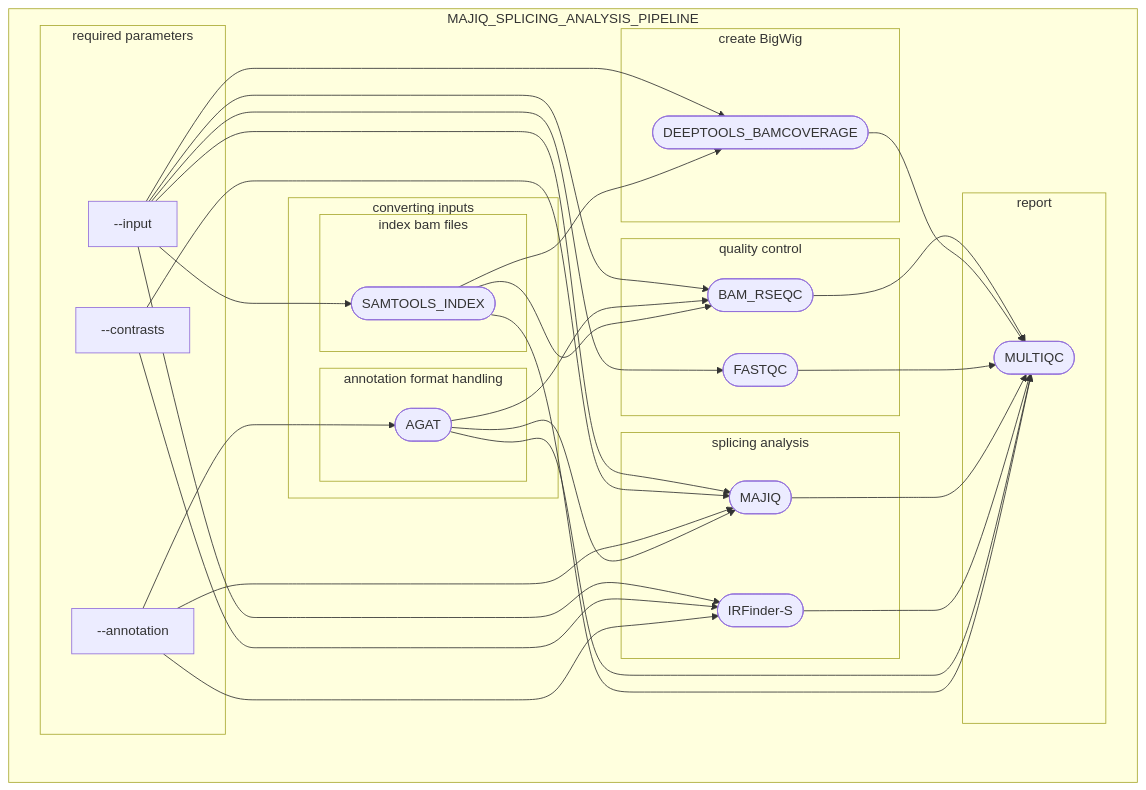
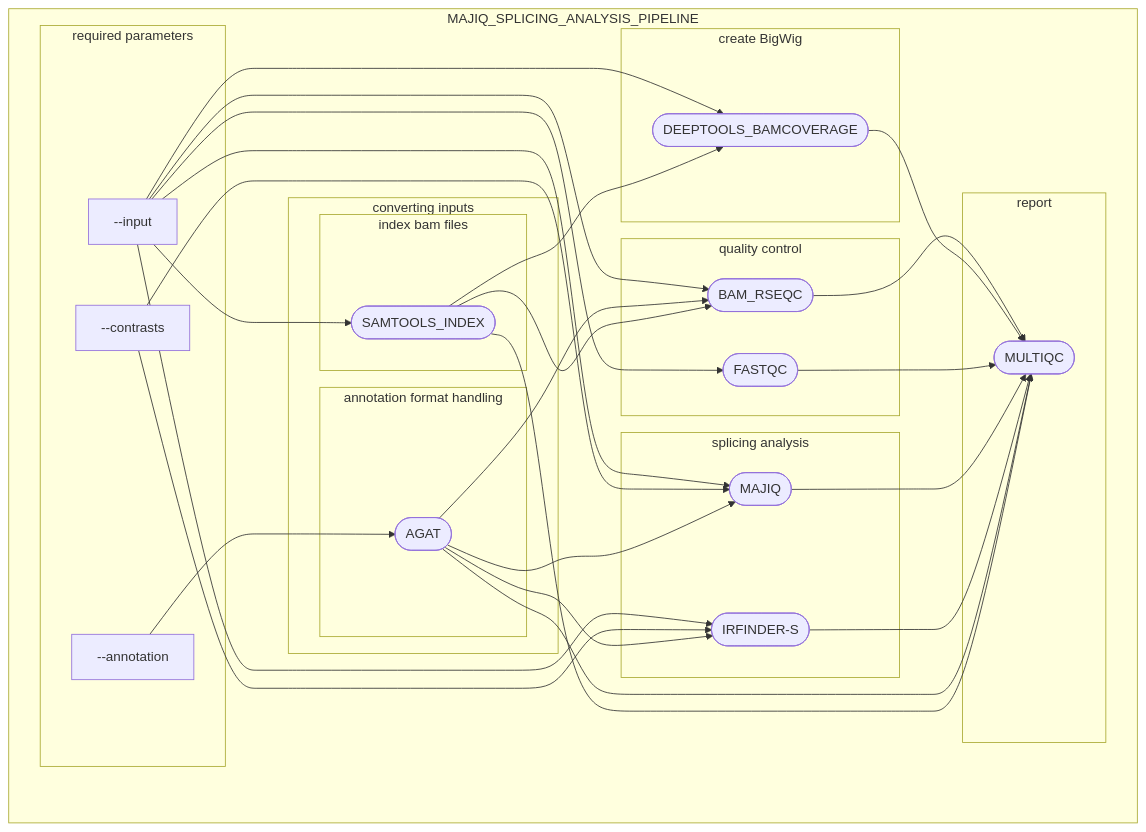
Before and after one commit to ZarnackGroup/majiq_splicing_analysis_pipeline: the diagram in README.md, drawn with Mermaid.

Commit message:
updated mermaid

````diff
--- a/README.md
+++ b/README.md
@@ -17,56 +17,55 @@
 ```mermaid
 flowchart TB
   subgraph MAJIQ_SPLICING_ANALYSIS_PIPELINE
     subgraph required parameters
       v0["--input"]
       v2["--annotation"]
       v1["--contrasts"]
     end
 
     subgraph s20["converting inputs"]
           subgraph s100["index bam files"]
                v15([SAMTOOLS_INDEX])
           end
           subgraph s2["annotation format handling"]
                v9([AGAT])
           end
      end
     subgraph s3["splicing analysis"]
       v25([MAJIQ])
-      v26([IRFinder-S])
+      v26([IRFINDER-S])
     end
     subgraph s4["create BigWig"]
       v19([DEEPTOOLS_BAMCOVERAGE])
     end
     subgraph s7["quality control"]
       v32([BAM_RSEQC])
       v22([FASTQC])
     end
     subgraph report
       v63([MULTIQC])
     end
     v0 --> v15
     v0 --> v19
     v15 --> v19
     v0 --> v22
     v0 --> v25
     v1 --> v25
-    v2 --> v25
     v0 --> v26
     v1 --> v26
-    v2 --> v26
     v0 --> v32
     v2 --> v9
     v9 --> v25
+    v9 --> v26
     v9 --> v32
     v15 --> v32
     v32 --> v63
     v19 --> v63
     v22 --> v63
     v25 --> v63
     v26 --> v63
     v9 --> v63
     v15 --> v63
   end
 
 ```
````
